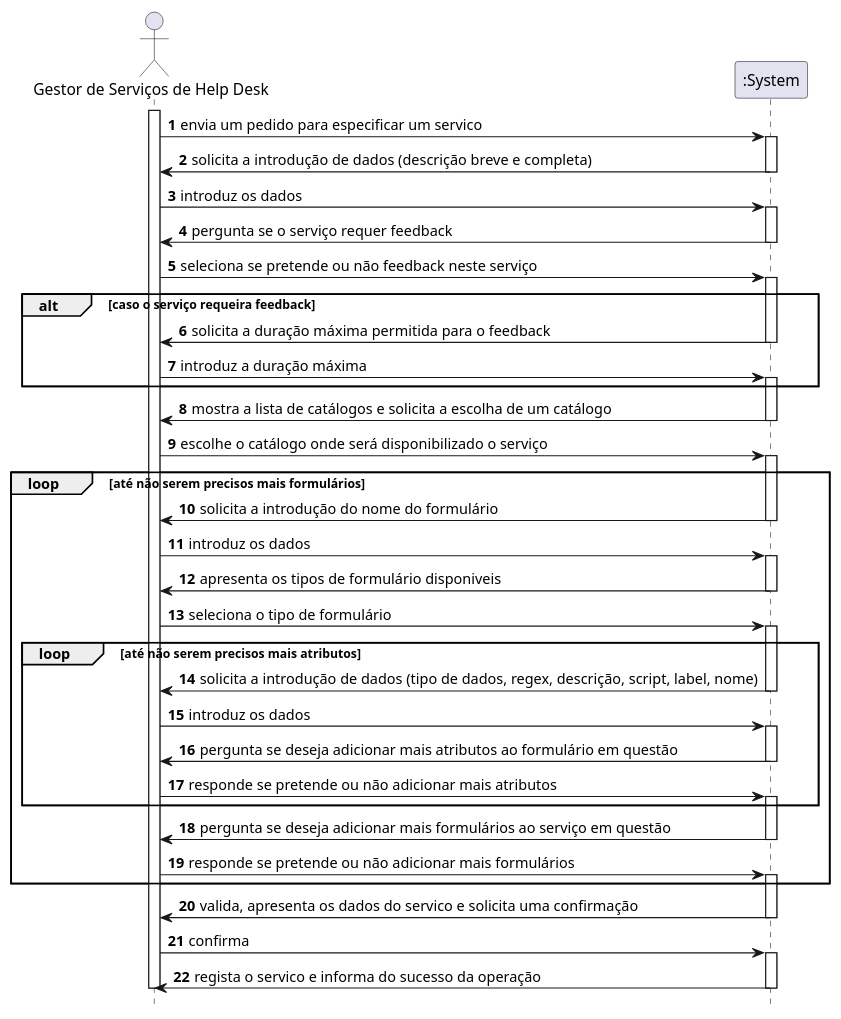
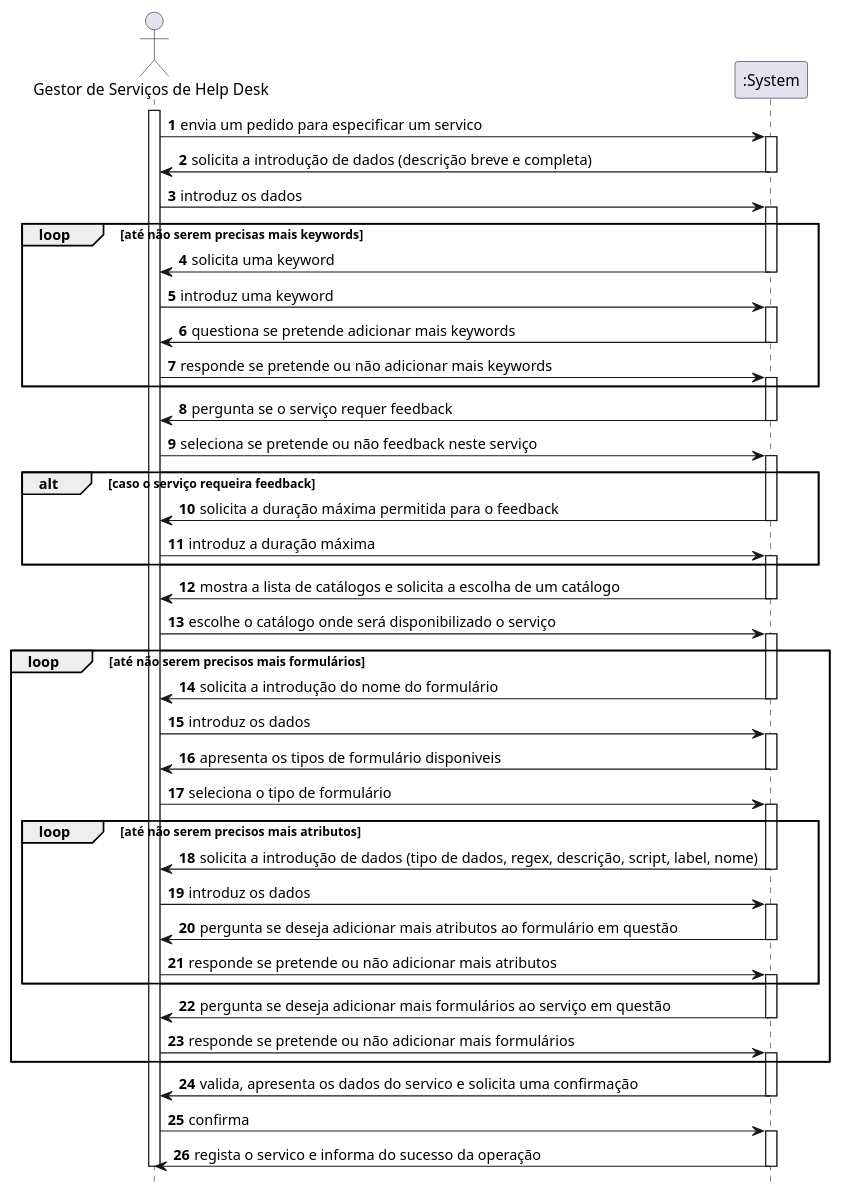
One commit to tiagoavcosta25/LAPR4 changed the diagram in doc/engenharia/SprintB/1190967/US-1-2002_EspecificarServico/US-1-2002_SSD.puml. Above: the diagram before and after it, drawn with PlantUML. The commit also changed 6 other files, not shown here.

Commit message:
LAPR4-67 #design #developing Class Diagram

```diff
--- a/doc/engenharia/SprintB/1190967/US-1-2002_EspecificarServico/US-1-2002_SSD.puml
+++ b/doc/engenharia/SprintB/1190967/US-1-2002_EspecificarServico/US-1-2002_SSD.puml
@@ -1,82 +1,98 @@
 @startuml
 autonumber
 hide footbox
 
 actor "Gestor de Serviços de Help Desk" as GSH
 participant ":System" as SYST
 
 activate GSH
 
 GSH -> SYST : envia um pedido para especificar um servico
 activate SYST
 SYST -> GSH : solicita a introdução de dados (descrição breve e completa)
 deactivate SYST
 
 GSH -> SYST : introduz os dados
 activate SYST
+
+loop até não serem precisas mais keywords
+
+SYST -> GSH : solicita uma keyword
+deactivate SYST
+
+GSH -> SYST : introduz uma keyword
+activate SYST
+
+SYST -> GSH : questiona se pretende adicionar mais keywords
+deactivate SYST
+
+GSH -> SYST : responde se pretende ou não adicionar mais keywords
+activate SYST
+end
+
 SYST -> GSH : pergunta se o serviço requer feedback
 deactivate SYST
 
 GSH -> SYST : seleciona se pretende ou não feedback neste serviço
 activate SYST
 
 alt caso o serviço requeira feedback
 
 SYST -> GSH : solicita a duração máxima permitida para o feedback
 deactivate SYST
 
 GSH -> SYST : introduz a duração máxima
 activate SYST
 end
 
 SYST -> GSH : mostra a lista de catálogos e solicita a escolha de um catálogo
 deactivate SYST
 
 GSH -> SYST : escolhe o catálogo onde será disponibilizado o serviço
 activate SYST
 
 loop até não serem precisos mais formulários
 SYST -> GSH : solicita a introdução do nome do formulário
 deactivate SYST
 
 GSH -> SYST : introduz os dados
 activate SYST
 
 SYST -> GSH : apresenta os tipos de formulário disponiveis
 deactivate SYST
 
 GSH -> SYST : seleciona o tipo de formulário
 activate SYST
 
 loop até não serem precisos mais atributos
 SYST -> GSH : solicita a introdução de dados (tipo de dados, regex, descrição, script, label, nome)
 deactivate SYST
 
 GSH -> SYST : introduz os dados
 activate SYST
 
 SYST -> GSH : pergunta se deseja adicionar mais atributos ao formulário em questão
 deactivate SYST
 
 GSH -> SYST : responde se pretende ou não adicionar mais atributos
 activate SYST
 end
 
 SYST -> GSH : pergunta se deseja adicionar mais formulários ao serviço em questão
 deactivate SYST
 
 GSH -> SYST : responde se pretende ou não adicionar mais formulários
 activate SYST
 end
 
 SYST -> GSH : valida, apresenta os dados do servico e solicita uma confirmação
 deactivate SYST
 
 GSH -> SYST : confirma
 activate SYST
 SYST -> GSH : regista o servico e informa do sucesso da operação
 deactivate SYST
 
 deactivate GSH
 
 @enduml
```
